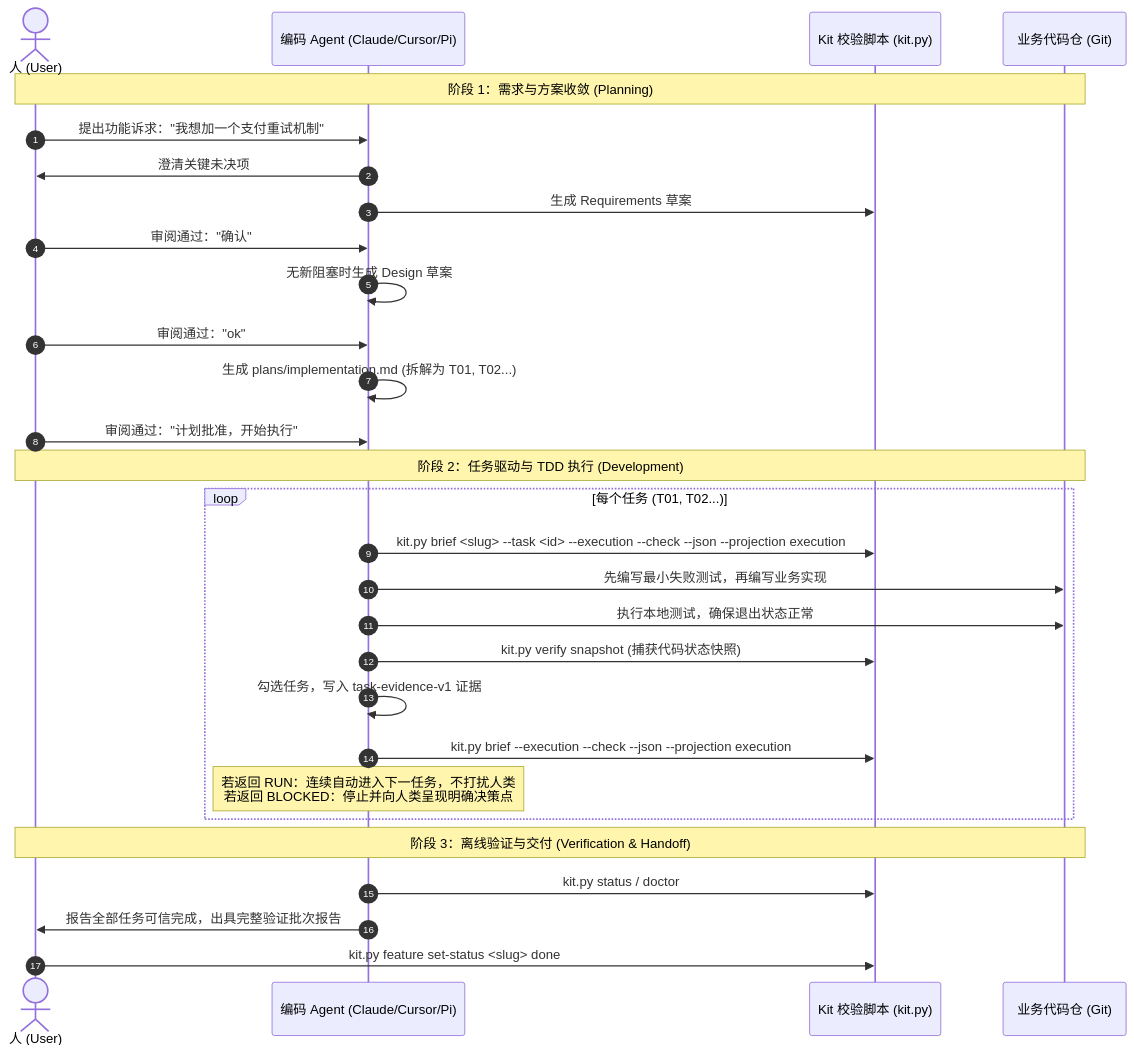
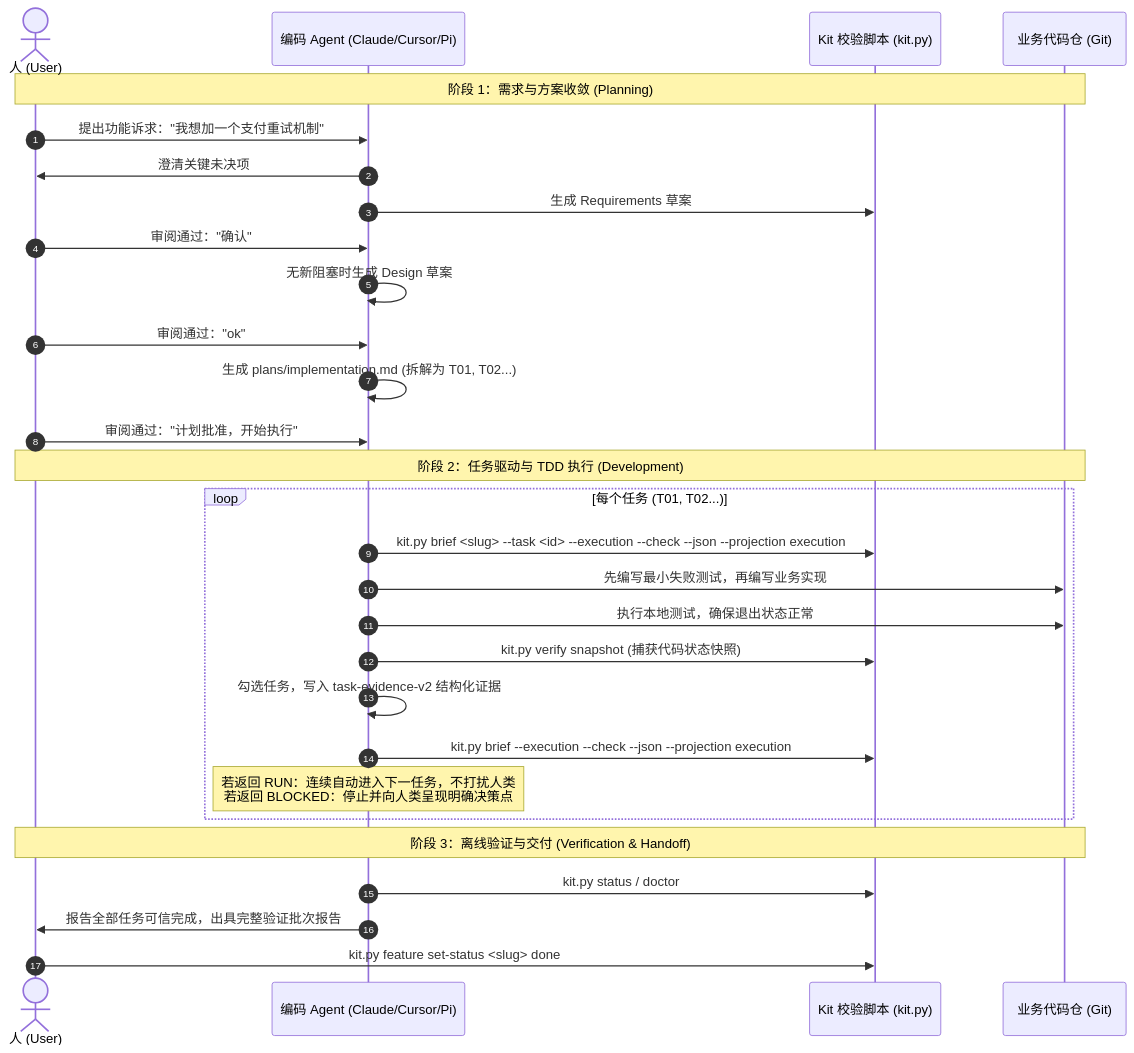
One commit to sandy-hmb/agent-workbench changed the second of 2 diagrams in docs/guides/first-feature.md. Above: the diagram before and after it, drawn with Mermaid. The commit also changed other lines of this file and 28 other files, not shown here.

Commit message:
feat(verification): 发布 task-evidence-v2

````diff
--- a/docs/guides/first-feature.md
+++ b/docs/guides/first-feature.md
@@ -47,34 +47,34 @@
 ```mermaid
 sequenceDiagram
     autonumber
     actor H as 人 (User)
     participant A as 编码 Agent (Claude/Cursor/Pi)
     participant K as Kit 校验脚本 (kit.py)
     participant R as 业务代码仓 (Git)
 
     Note over H, R: 阶段 1：需求与方案收敛 (Planning)
     H->>A: 提出功能诉求："我想加一个支付重试机制"
     A->>H: 澄清关键未决项
     A->>K: 生成 Requirements 草案
     H->>A: 审阅通过："确认"
     A->>A: 无新阻塞时生成 Design 草案
     H->>A: 审阅通过："ok"
     A->>A: 生成 plans/implementation.md (拆解为 T01, T02...)
     H->>A: 审阅通过："计划批准，开始执行"
 
     Note over H, R: 阶段 2：任务驱动与 TDD 执行 (Development)
     loop 每个任务 (T01, T02...)
         A->>K: kit.py brief <slug> --task <id> --execution --check --json --projection execution
         A->>R: 先编写最小失败测试，再编写业务实现
         A->>R: 执行本地测试，确保退出状态正常
         A->>K: kit.py verify snapshot (捕获代码状态快照)
-        A->>A: 勾选任务，写入 task-evidence-v1 证据
+        A->>A: 勾选任务，写入 task-evidence-v2 结构化证据
         A->>K: kit.py brief --execution --check --json --projection execution
         Note over A: 若返回 RUN：连续自动进入下一任务，不打扰人类<br>若返回 BLOCKED：停止并向人类呈现明确决策点
     end
 
     Note over H, R: 阶段 3：离线验证与交付 (Verification & Handoff)
     A->>K: kit.py status / doctor
     A->>H: 报告全部任务可信完成，出具完整验证批次报告
     H->>K: kit.py feature set-status <slug> done
 ```
````
